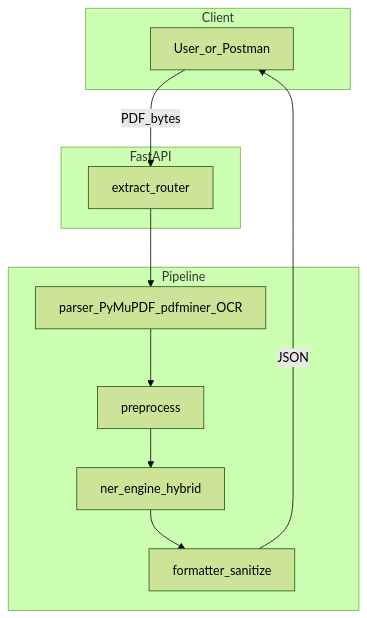
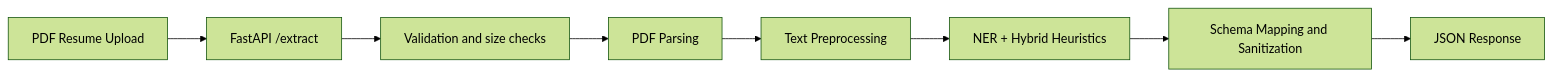
One commit to AhmedMohamed005/cloud-resume-extraction changed the diagram in DOCS/PROJECT_MANUAL.md. Above: the diagram before and after it, drawn with Mermaid (forest theme). The commit also changed other lines of this file and 1 other file, not shown here.

````diff
--- a/DOCS/PROJECT_MANUAL.md
+++ b/DOCS/PROJECT_MANUAL.md
@@ -33,18 +68,10 @@
 ```mermaid
-flowchart TB
-  subgraph client [Client]
-    U[User_or_Postman]
-  end
-  subgraph api [FastAPI]
-    R[extract_router]
-  end
-  subgraph pipeline [Pipeline]
-    P[parser_PyMuPDF_pdfminer_OCR]
-    Pr[preprocess]
-    N[ner_engine_hybrid]
-    F[formatter_sanitize]
-  end
-  U -->|PDF_bytes| R
-  R --> P --> Pr --> N --> F
-  F -->|JSON| U
+flowchart LR
+  A[PDF Resume Upload] --> B[FastAPI /extract]
+  B --> C[Validation and size checks]
+  C --> D[PDF Parsing]
+  D --> E[Text Preprocessing]
+  E --> F[NER + Hybrid Heuristics]
+  F --> G[Schema Mapping and Sanitization]
+  G --> H[JSON Response]
 ```
````
